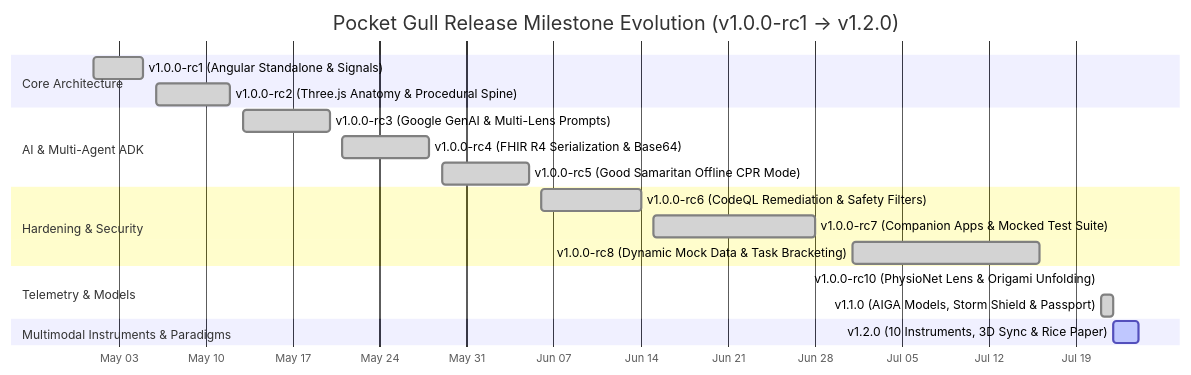
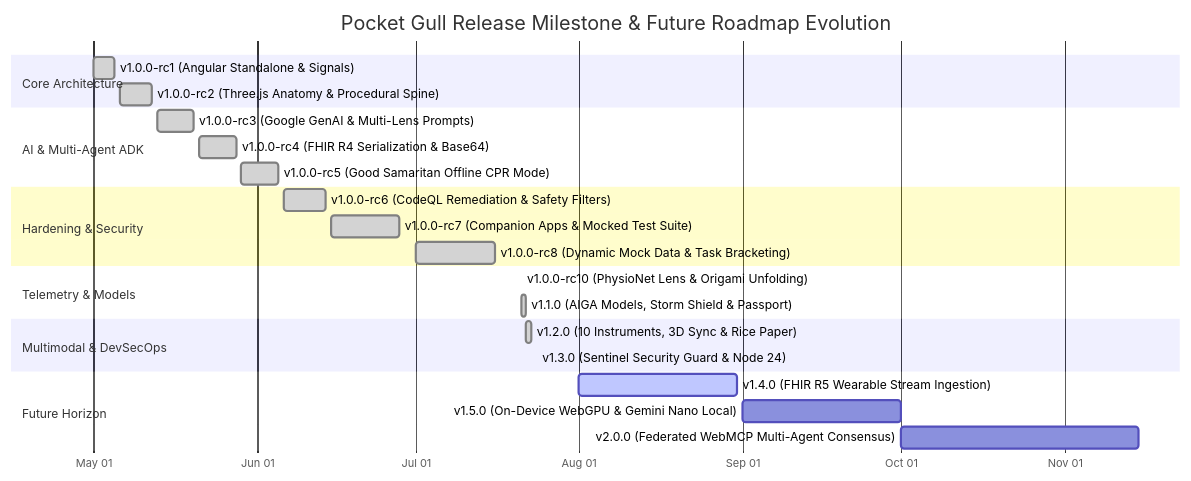
The first of 2 diagrams in docs/study/src/pages/git-roadmap.mdx (philgear/pocketgull), drawn with Mermaid before and after one commit. The commit also changed other lines of this file, not shown here.

Commit message:
docs(roadmap): update git roadmap and DevSecOps SDLC framework (#161)

````diff
--- a/docs/study/src/pages/git-roadmap.mdx
+++ b/docs/study/src/pages/git-roadmap.mdx
@@ -16,27 +16,33 @@
 ```mermaid
 gantt
-    title Pocket Gull Release Milestone Evolution (v1.0.0-rc1 -> v1.2.0)
+    title Pocket Gull Release Milestone & Future Roadmap Evolution
     dateFormat  YYYY-MM-DD
     axisFormat  %b %d
 
     section Core Architecture
     v1.0.0-rc1 (Angular Standalone & Signals)       :done, rc1, 2026-05-01, 2026-05-05
     v1.0.0-rc2 (Three.js Anatomy & Procedural Spine):done, rc2, 2026-05-06, 2026-05-12
 
     section AI & Multi-Agent ADK
     v1.0.0-rc3 (Google GenAI & Multi-Lens Prompts)  :done, rc3, 2026-05-13, 2026-05-20
     v1.0.0-rc4 (FHIR R4 Serialization & Base64)     :done, rc4, 2026-05-21, 2026-05-28
     v1.0.0-rc5 (Good Samaritan Offline CPR Mode)    :done, rc5, 2026-05-29, 2026-06-05
 
     section Hardening & Security
     v1.0.0-rc6 (CodeQL Remediation & Safety Filters):done, rc6, 2026-06-06, 2026-06-14
     v1.0.0-rc7 (Companion Apps & Mocked Test Suite) :done, rc7, 2026-06-15, 2026-06-28
     v1.0.0-rc8 (Dynamic Mock Data & Task Bracketing):done, rc8, 2026-07-01, 2026-07-16
 
     section Telemetry & Models
     v1.0.0-rc10 (PhysioNet Lens & Origami Unfolding):done, rc10, 2026-07-21, 2026-07-21
     v1.1.0 (AIGA Models, Storm Shield & Passport)   :done, v11, 2026-07-21, 2026-07-22
 
-    section Multimodal Instruments & Paradigms
-    v1.2.0 (10 Instruments, 3D Sync & Rice Paper)   :active, v12, 2026-07-22, 2d
+    section Multimodal & DevSecOps
+    v1.2.0 (10 Instruments, 3D Sync & Rice Paper)   :done, v12, 2026-07-22, 2026-07-23
+    v1.3.0 (Sentinel Security Guard & Node 24)      :done, v13, 2026-07-24, 2026-07-24
+
+    section Future Horizon
+    v1.4.0 (FHIR R5 Wearable Stream Ingestion)      :active, v14, 2026-08-01, 30d
+    v1.5.0 (On-Device WebGPU & Gemini Nano Local)   :v15, 2026-09-01, 30d
+    v2.0.0 (Federated WebMCP Multi-Agent Consensus) :v20, 2026-10-01, 45d
 ```
````
